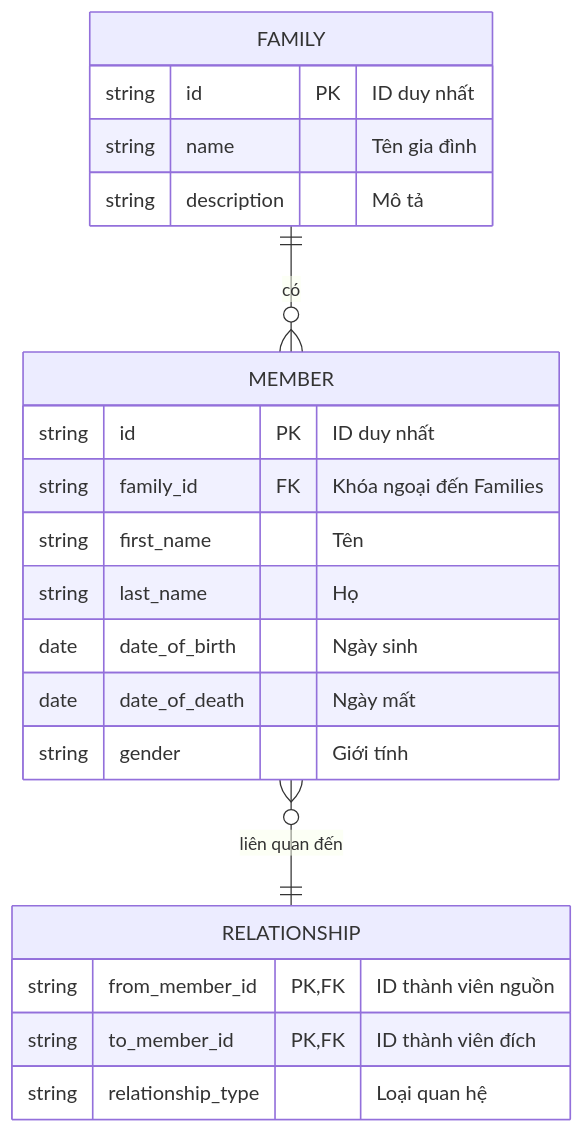
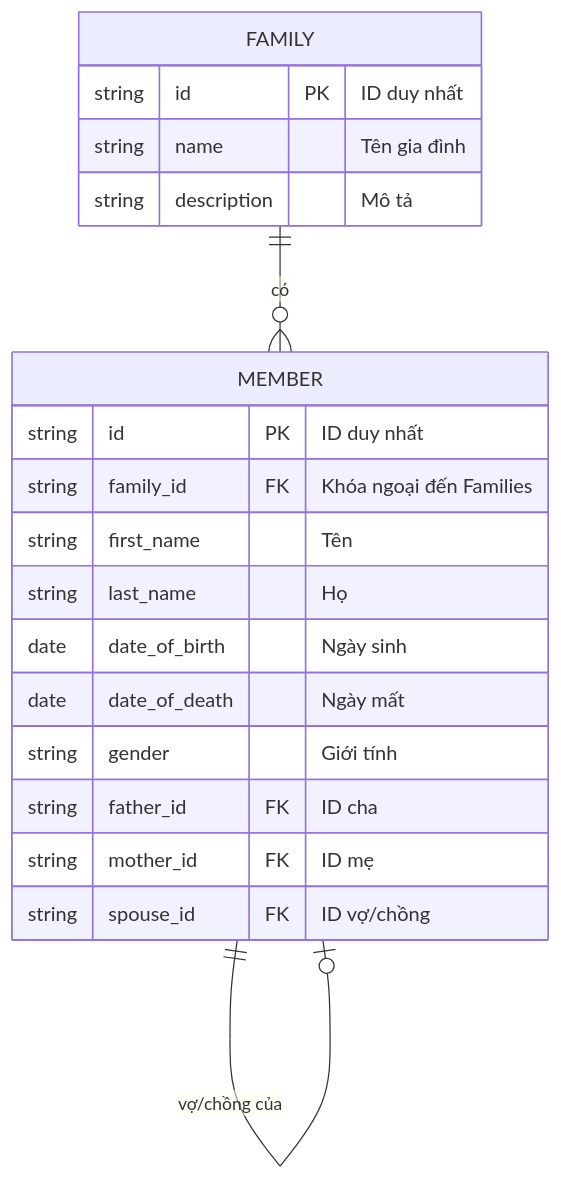
The diagram in docs/engineering/data-model.md (hkthao/family-tree-3), drawn with Mermaid before and after one commit. The commit also changed other lines of this file and 2 other files, not shown here.

First line of the commit message:
docs(backend): Update documentation for Result pattern, service refactoring, and Member relationships.

````diff
--- a/docs/engineering/data-model.md
+++ b/docs/engineering/data-model.md
@@ -25,27 +25,26 @@
 ```mermaid
 erDiagram
     FAMILY {
         string id PK "ID duy nhất"
         string name "Tên gia đình"
         string description "Mô tả"
     }
 
     MEMBER {
         string id PK "ID duy nhất"
         string family_id FK "Khóa ngoại đến Families"
         string first_name "Tên"
         string last_name "Họ"
         date date_of_birth "Ngày sinh"
         date date_of_death "Ngày mất"
         string gender "Giới tính"
-    }
-
-    RELATIONSHIP {
-        string from_member_id PK, FK "ID thành viên nguồn"
-        string to_member_id PK, FK "ID thành viên đích"
-        string relationship_type "Loại quan hệ"
+        string father_id FK "ID cha"
+        string mother_id FK "ID mẹ"
+        string spouse_id FK "ID vợ/chồng"
     }
 
     FAMILY ||--o{ MEMBER : "có"
-    MEMBER }o--|| RELATIONSHIP : "liên quan đến"
+    MEMBER ||--o| MEMBER : "cha của"
+    MEMBER ||--o| MEMBER : "mẹ của"
+    MEMBER ||--o| MEMBER : "vợ/chồng của"
 ```
````
